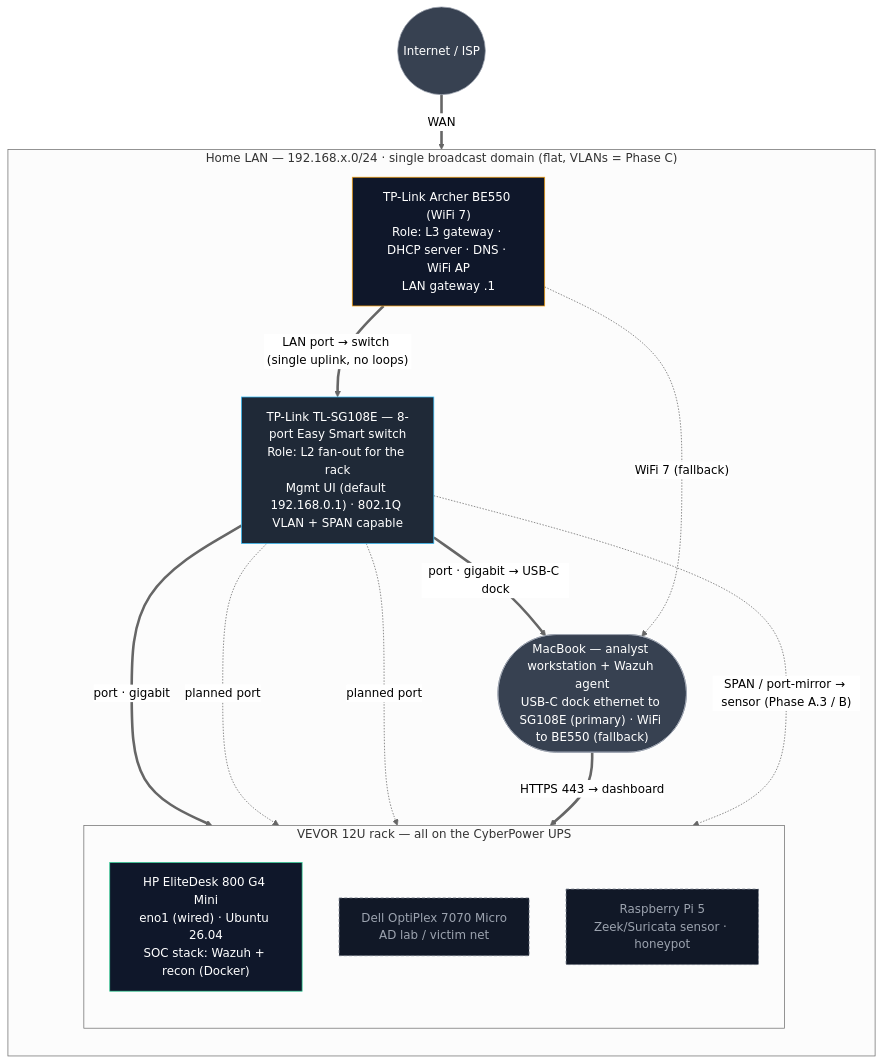
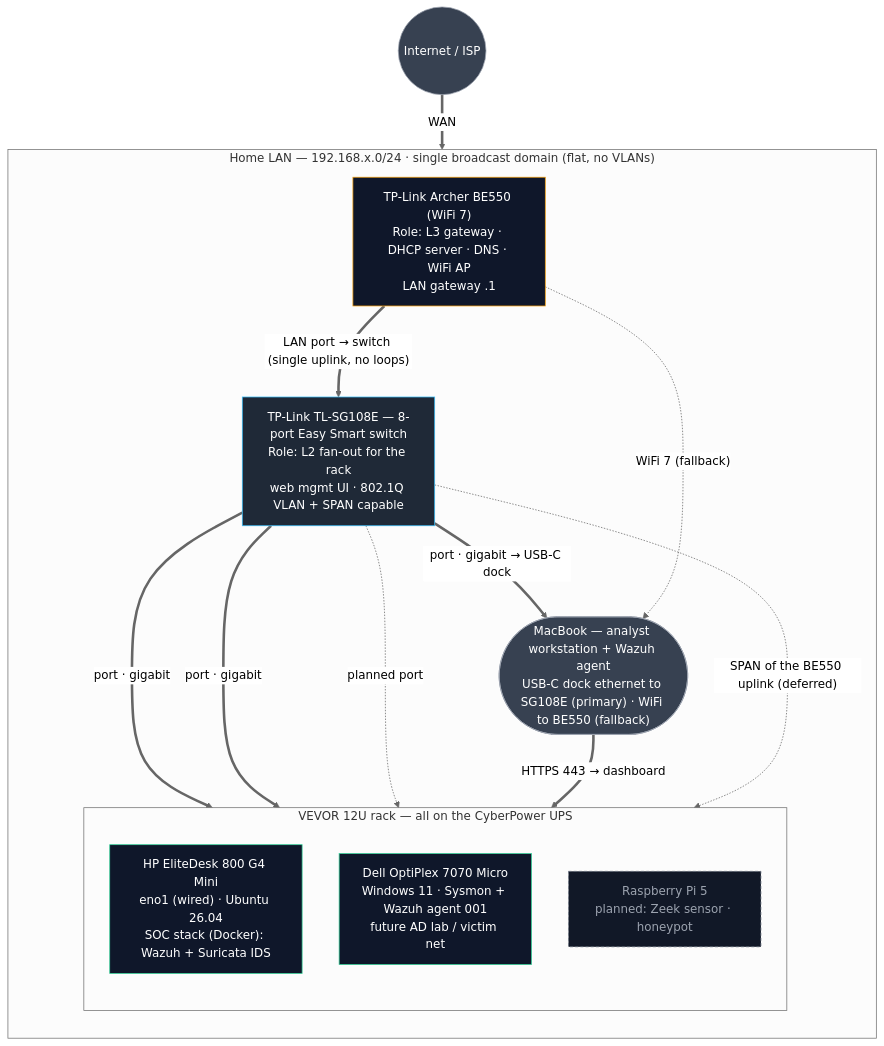
One commit to ktalons/talonsoclab changed the diagram in phase-a-foundation/network-topology.mmd. Above: the diagram before and after it, drawn with Mermaid (neutral theme). The commit also changed 22 other files, not shown here.

Commit message:
tools: leakcheck rewrite, git hooks, tests; docs: soc-recon readme, runbook 01, architecture

```diff
--- a/phase-a-foundation/network-topology.mmd
+++ b/phase-a-foundation/network-topology.mmd
@@ -1,48 +1,48 @@
 flowchart TB
 %% TalonSocLab — Physical / L2 network topology (home-lab edition)
 %% Companion to architecture.mmd (which is the *container* topology).
 %% This diagram is the WIRING: what plugs into what, and at which layer.
-%% Legend: solid = wired now · dashed = planned (Dell AD lab, Pi sensor, SPAN, VLANs) or wireless
+%% Legend: solid = wired now · dashed = planned (Pi sensor, SPAN) or wireless
 %% Gateway/DHCP/DNS all live on the BE550 (L3). The SG108E is L2 fan-out.
 
     Internet((Internet / ISP))
 
-    subgraph LAN["Home LAN — 192.168.x.0/24 · single broadcast domain (flat, VLANs = Phase C)"]
+    subgraph LAN["Home LAN — 192.168.x.0/24 · single broadcast domain (flat, no VLANs)"]
         direction TB
 
         Router["TP-Link Archer BE550 (WiFi 7)<br/>Role: L3 gateway · DHCP server · DNS · WiFi AP<br/>LAN gateway .1"]
 
-        Switch["TP-Link TL-SG108E — 8-port Easy Smart switch<br/>Role: L2 fan-out for the rack<br/>Mgmt UI (default 192.168.0.1) · 802.1Q VLAN + SPAN capable"]
+        Switch["TP-Link TL-SG108E — 8-port Easy Smart switch<br/>Role: L2 fan-out for the rack<br/>web mgmt UI · 802.1Q VLAN + SPAN capable"]
 
         subgraph Rack["VEVOR 12U rack — all on the CyberPower UPS"]
             direction TB
-            Elite["HP EliteDesk 800 G4 Mini<br/>eno1 (wired) · Ubuntu 26.04<br/>SOC stack: Wazuh + recon (Docker)"]
-            Dell["Dell OptiPlex 7070 Micro<br/>AD lab / victim net"]
-            Pi["Raspberry Pi 5<br/>Zeek/Suricata sensor · honeypot"]
+            Elite["HP EliteDesk 800 G4 Mini<br/>eno1 (wired) · Ubuntu 26.04<br/>SOC stack (Docker): Wazuh + Suricata IDS"]
+            Dell["Dell OptiPlex 7070 Micro<br/>Windows 11 · Sysmon + Wazuh agent 001<br/>future AD lab / victim net"]
+            Pi["Raspberry Pi 5<br/>planned: Zeek sensor · honeypot"]
         end
 
         Mac(["MacBook — analyst workstation + Wazuh agent<br/>USB-C dock ethernet to SG108E (primary) · WiFi to BE550 (fallback)"])
     end
 
     Internet ==>|WAN| Router
     Router ==>|"LAN port → switch (single uplink, no loops)"| Switch
     Switch ==>|"port · gigabit"| Elite
     Switch ==>|"port · gigabit → USB-C dock"| Mac
-    Switch -. "planned port" .-> Dell
+    Switch ==>|"port · gigabit"| Dell
     Switch -. "planned port" .-> Pi
     Router -. "WiFi 7 (fallback)" .-> Mac
     Mac ==>|"HTTPS 443 → dashboard"| Elite
 
-    Switch -. "SPAN / port-mirror → sensor (Phase A.3 / B)" .-> Pi
+    Switch -. "SPAN of the BE550 uplink (deferred)" .-> Elite
 
     classDef net fill:#0f172a,stroke:#f59e0b,color:#fff
     classDef sw  fill:#1f2937,stroke:#38bdf8,color:#fff
     classDef host fill:#0f172a,stroke:#34d399,color:#fff
     classDef planned fill:#111827,stroke:#6b7280,color:#9ca3af,stroke-dasharray:4 3
     classDef ext fill:#374151,stroke:#9ca3af,color:#fff
 
     class Router net
     class Switch sw
-    class Elite host
-    class Dell,Pi planned
+    class Elite,Dell host
+    class Pi planned
     class Internet,Mac ext
```
